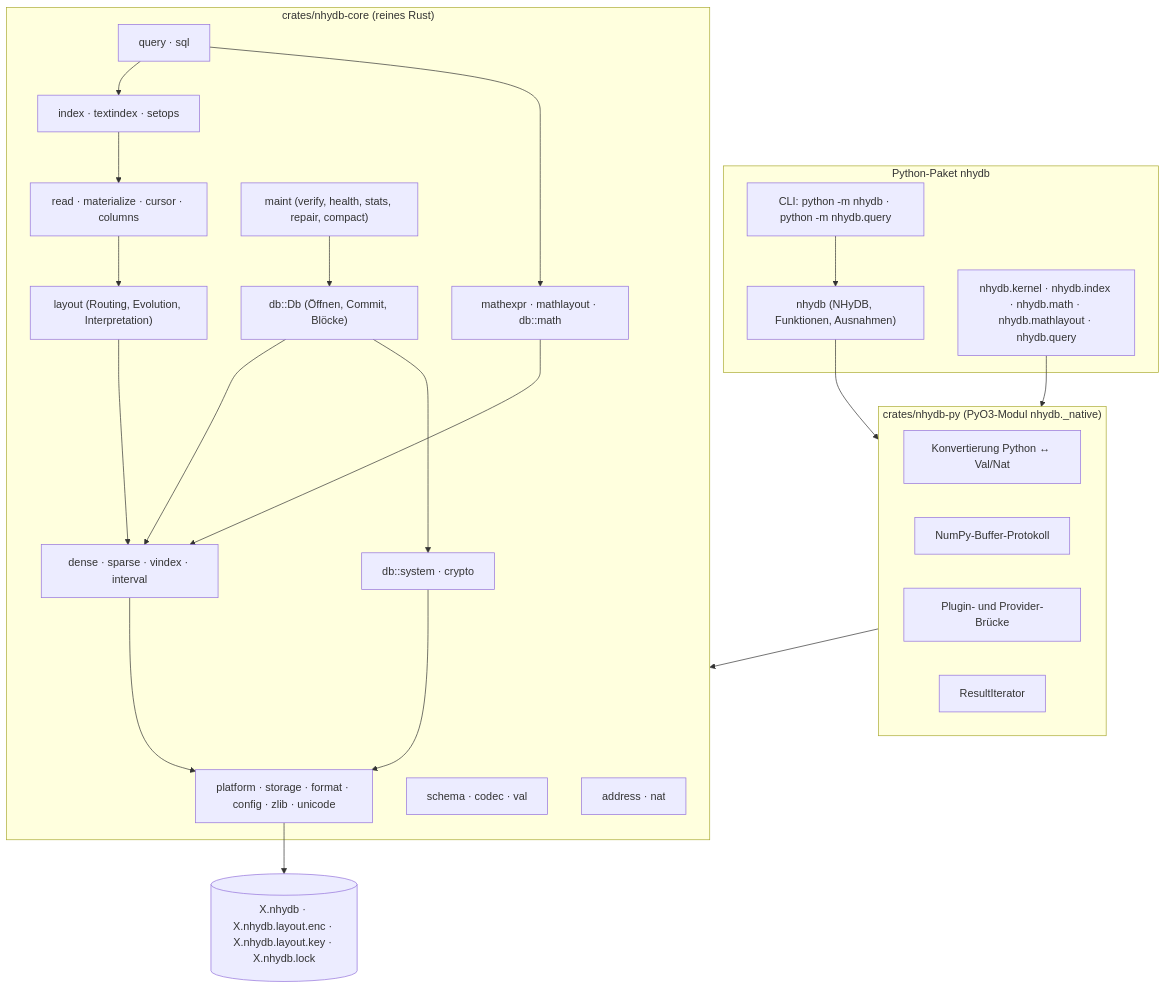
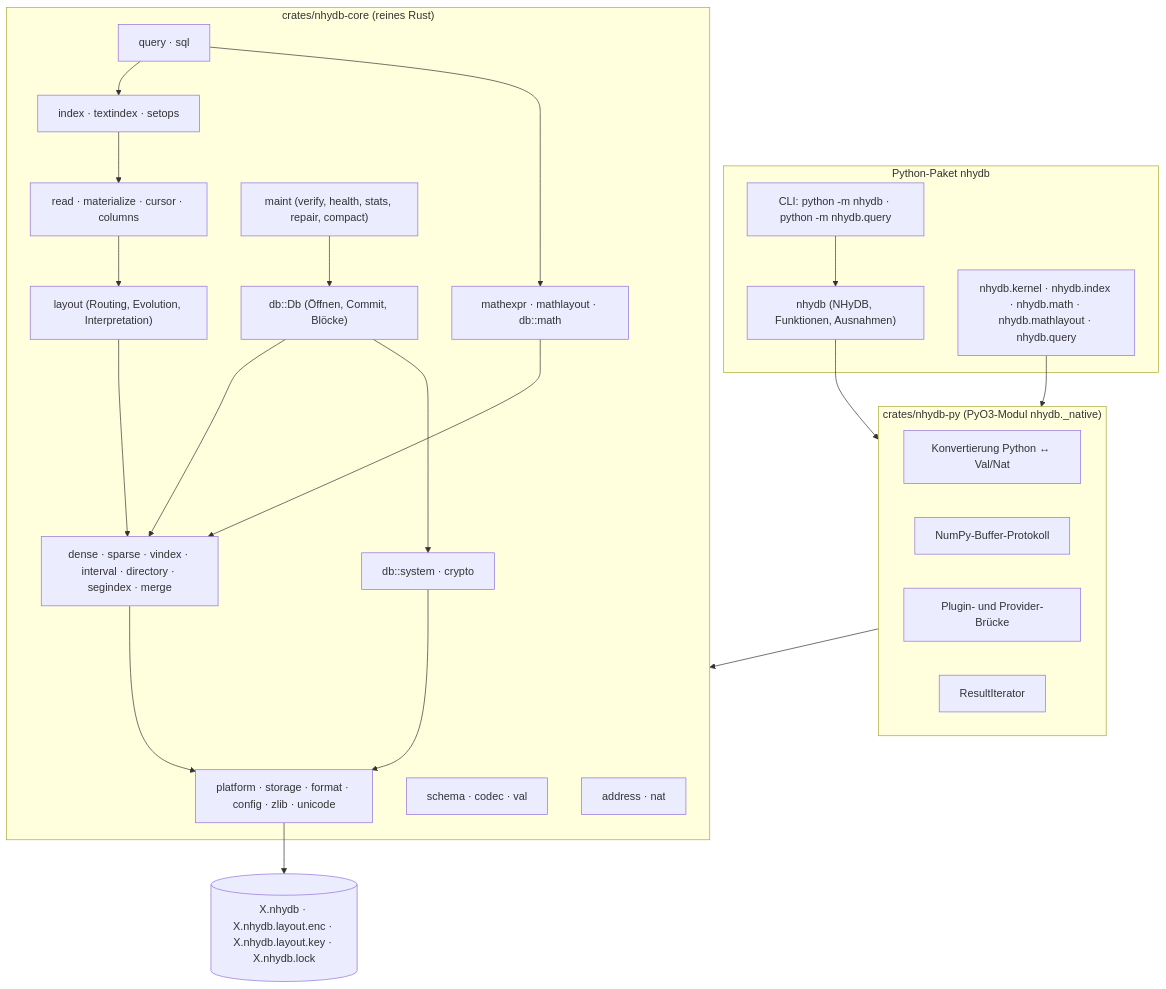
The first of 7 diagrams in docs/de/NHyDB_Technische_Dokumentation.md (nhydb-run4/NHyDB), drawn with Mermaid before and after one commit. The commit also changed other lines of this file and 177 other files, not shown here.

````diff
--- a/docs/de/NHyDB_Technische_Dokumentation.md
+++ b/docs/de/NHyDB_Technische_Dokumentation.md
@@ -601,45 +601,45 @@
 ```mermaid
 flowchart TB
     subgraph PY["Python-Paket nhydb"]
         API["nhydb (NHyDB, Funktionen, Ausnahmen)"]
         SUB["nhydb.kernel · nhydb.index · nhydb.math · nhydb.mathlayout · nhydb.query"]
         CLI["CLI: python -m nhydb · python -m nhydb.query"]
     end
     subgraph PYO3["crates/nhydb-py (PyO3-Modul nhydb._native)"]
         CONV["Konvertierung Python ↔ Val/Nat"]
         NPIO["NumPy-Buffer-Protokoll"]
         PLUG["Plugin- und Provider-Brücke"]
         ITER["ResultIterator"]
     end
     subgraph CORE["crates/nhydb-core (reines Rust)"]
         ADDR["address · nat"]
         SCHEMA["schema · codec · val"]
         DB["db::Db (Öffnen, Commit, Blöcke)"]
-        STORE["dense · sparse · vindex · interval"]
+        STORE["dense · sparse · vindex · interval · directory · segindex · merge"]
         LAYOUT["layout (Routing, Evolution, Interpretation)"]
         READ["read · materialize · cursor · columns"]
         IDX["index · textindex · setops"]
         MATH["mathexpr · mathlayout · db::math"]
         Q["query · sql"]
         MAINT["maint (verify, health, stats, repair, compact)"]
         SYS["db::system · crypto"]
         PLAT["platform · storage · format · config · zlib · unicode"]
     end
     FILES[("X.nhydb · X.nhydb.layout.enc · X.nhydb.layout.key · X.nhydb.lock")]
     API --> PYO3
     SUB --> PYO3
     CLI --> API
     PYO3 --> CORE
     DB --> STORE
     DB --> SYS
     LAYOUT --> STORE
     READ --> LAYOUT
     IDX --> READ
     Q --> IDX
     Q --> MATH
     MATH --> STORE
     MAINT --> DB
     STORE --> PLAT
     SYS --> PLAT
     PLAT --> FILES
 ```
````
